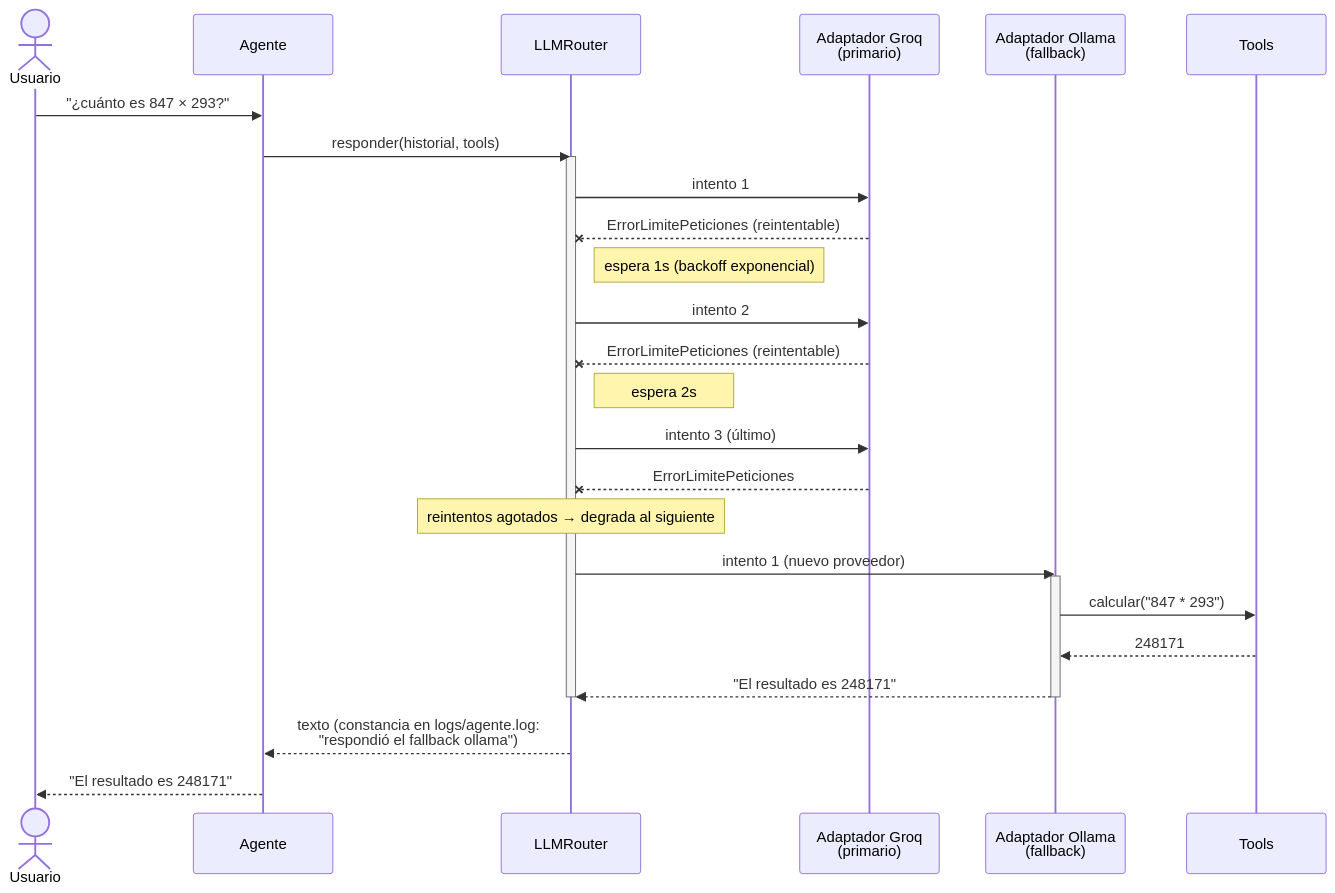
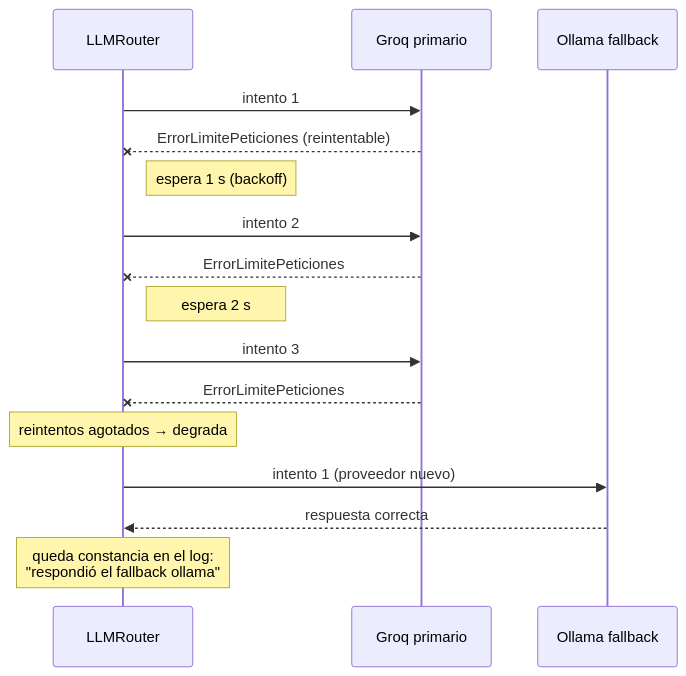
Before and after one commit to Jordiprof/Reto: the third of 7 diagrams in docs/E2_Arquitectura.md, drawn with Mermaid. The commit also changed other lines of this file and 8 other files, not shown here.

Commit message:
docs: E1-E4 a nivel de entrega con diagramas Mermaid + ADRs en primera persona

````diff
--- a/docs/E2_Arquitectura.md
+++ b/docs/E2_Arquitectura.md
@@ -49,34 +143,20 @@
 ```mermaid
 sequenceDiagram
-    actor U as Usuario
-    participant AG as Agente
     participant R as LLMRouter
-    participant P1 as Adaptador Groq<br/>(primario)
-    participant P2 as Adaptador Ollama<br/>(fallback)
-    participant T as Tools
-
-    U->>AG: "¿cuánto es 847 × 293?"
-    AG->>R: responder(historial, tools)
-    activate R
+    participant P1 as Groq primario
+    participant P2 as Ollama fallback
 
     R->>P1: intento 1
     P1--xR: ErrorLimitePeticiones (reintentable)
-    Note right of R: espera 1s (backoff exponencial)
+    Note right of R: espera 1 s (backoff)
     R->>P1: intento 2
-    P1--xR: ErrorLimitePeticiones (reintentable)
-    Note right of R: espera 2s
-    R->>P1: intento 3 (último)
     P1--xR: ErrorLimitePeticiones
-    Note over R: reintentos agotados → degrada al siguiente
+    Note right of R: espera 2 s
+    R->>P1: intento 3
+    P1--xR: ErrorLimitePeticiones
+    Note over R: reintentos agotados → degrada
 
-    R->>P2: intento 1 (nuevo proveedor)
-    activate P2
-    P2->>T: calcular("847 * 293")
-    T-->>P2: 248171
-    P2-->>R: "El resultado es 248171"
-    deactivate P2
-
-    deactivate R
-    R-->>AG: texto (constancia en logs/agente.log:<br/>"respondió el fallback ollama")
-    AG-->>U: "El resultado es 248171"
+    R->>P2: intento 1 (proveedor nuevo)
+    P2-->>R: respuesta correcta
+    Note over R: queda constancia en el log:<br/>"respondió el fallback ollama"
 ```
````
